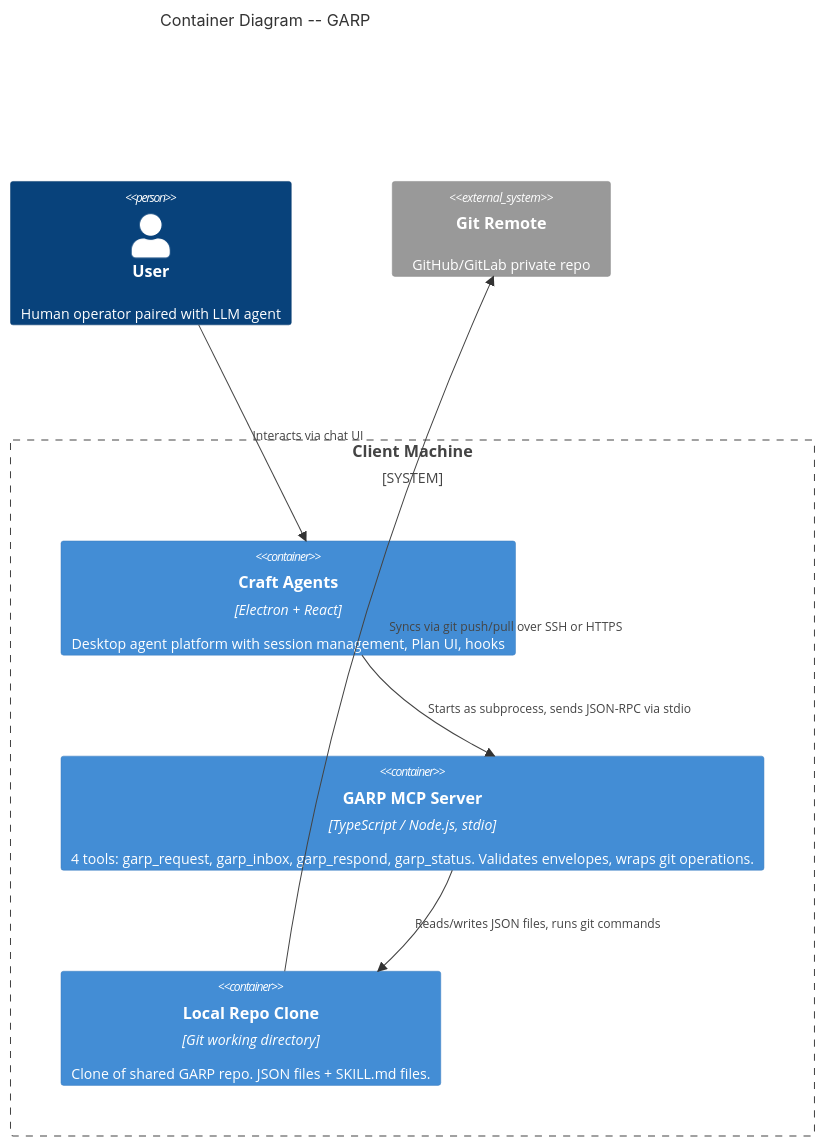
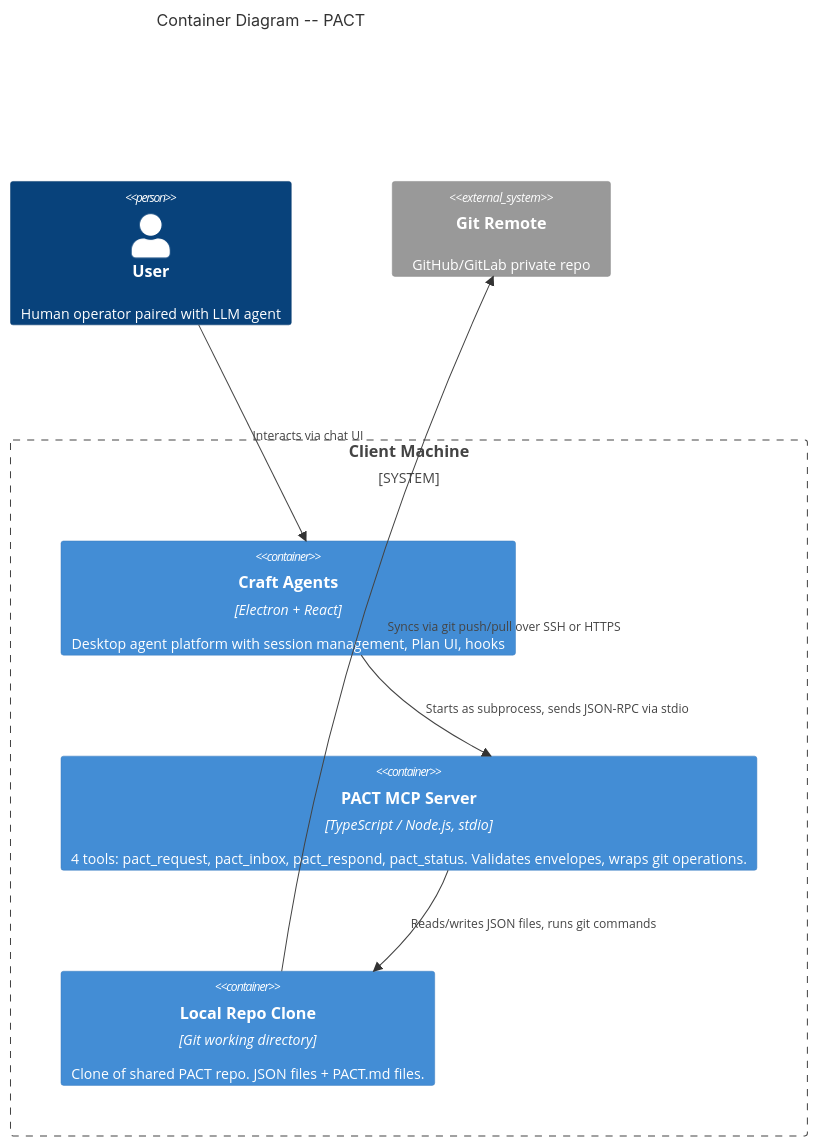
One commit to snidelycapon/pact changed the second of 2 diagrams in docs/architecture/architecture.md. Above: the diagram before and after it, drawn with Mermaid. The commit also changed other lines of this file and 242 other files, not shown here.

First line of the commit message:
chore: rename garp to pact across entire codebase

````diff
--- a/docs/architecture/architecture.md
+++ b/docs/architecture/architecture.md
@@ -49,19 +49,19 @@
 ```mermaid
 C4Container
-    title Container Diagram -- GARP
+    title Container Diagram -- PACT
 
     Person(user, "User", "Human operator paired with LLM agent")
 
     System_Boundary(client, "Client Machine") {
         Container(craft, "Craft Agents", "Electron + React", "Desktop agent platform with session management, Plan UI, hooks")
-        Container(mcp, "GARP MCP Server", "TypeScript / Node.js, stdio", "4 tools: garp_request, garp_inbox, garp_respond, garp_status. Validates envelopes, wraps git operations.")
-        Container(localrepo, "Local Repo Clone", "Git working directory", "Clone of shared GARP repo. JSON files + SKILL.md files.")
+        Container(mcp, "PACT MCP Server", "TypeScript / Node.js, stdio", "4 tools: pact_request, pact_inbox, pact_respond, pact_status. Validates envelopes, wraps git operations.")
+        Container(localrepo, "Local Repo Clone", "Git working directory", "Clone of shared PACT repo. JSON files + PACT.md files.")
     }
 
     System_Ext(remote, "Git Remote", "GitHub/GitLab private repo")
 
     Rel(user, craft, "Interacts via chat UI")
     Rel(craft, mcp, "Starts as subprocess, sends JSON-RPC via stdio")
     Rel(mcp, localrepo, "Reads/writes JSON files, runs git commands")
     Rel(localrepo, remote, "Syncs via git push/pull over SSH or HTTPS")
 ```
````
